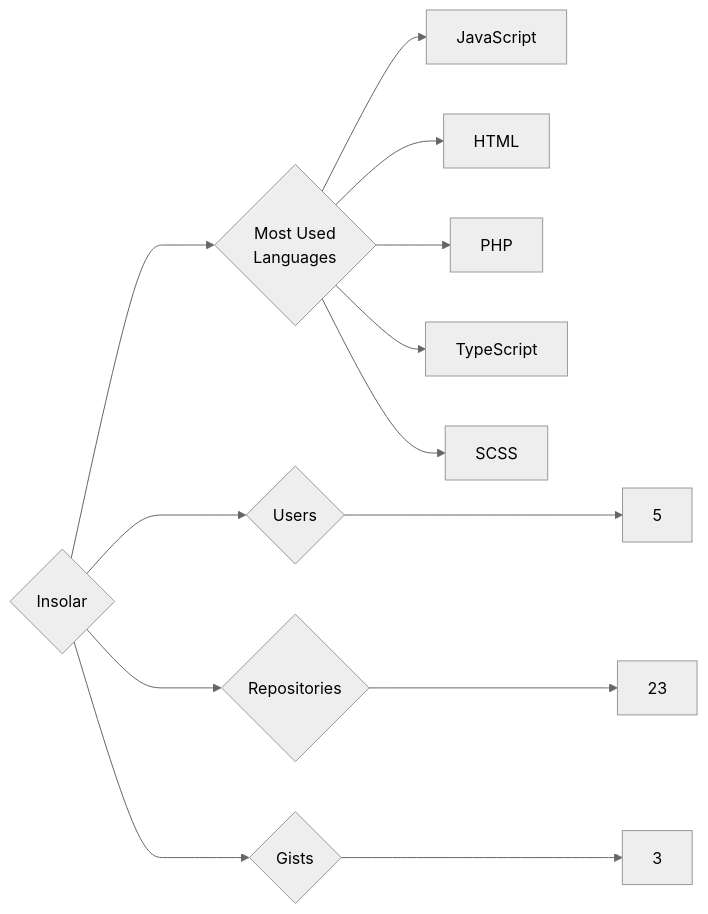
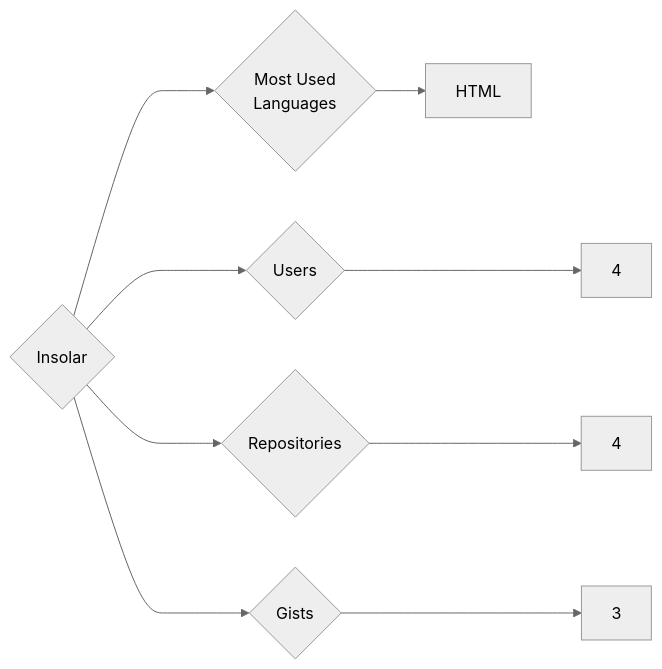
Before and after one commit to trickest/insiders: the diagram in targets/Insolar/README.md, drawn with Mermaid (neutral theme). The commit also changed 997 other files, not shown here.

````diff
--- a/targets/Insolar/README.md
+++ b/targets/Insolar/README.md
@@ -3,13 +3,9 @@
 ```mermaid
 graph LR
 COMPANY_NAME{Insolar}
-COMPANY_NAME ---> U{Users} ---> UN[5]
-COMPANY_NAME ---> R{Repositories} ---> RN[23]
+COMPANY_NAME ---> U{Users} ---> UN[4]
+COMPANY_NAME ---> R{Repositories} ---> RN[4]
 COMPANY_NAME ---> G{Gists} ---> GN[3]
 COMPANY_NAME ---> ML{Most Used<br>Languages}
-ML --> JavaScript[JavaScript]
 ML --> HTML[HTML]
-ML --> PHP[PHP]
-ML --> TypeScript[TypeScript]
-ML --> SCSS[SCSS]
 ```
````
